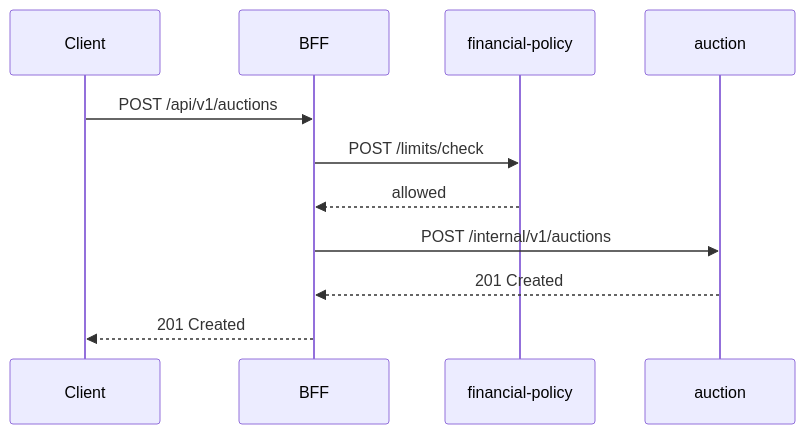
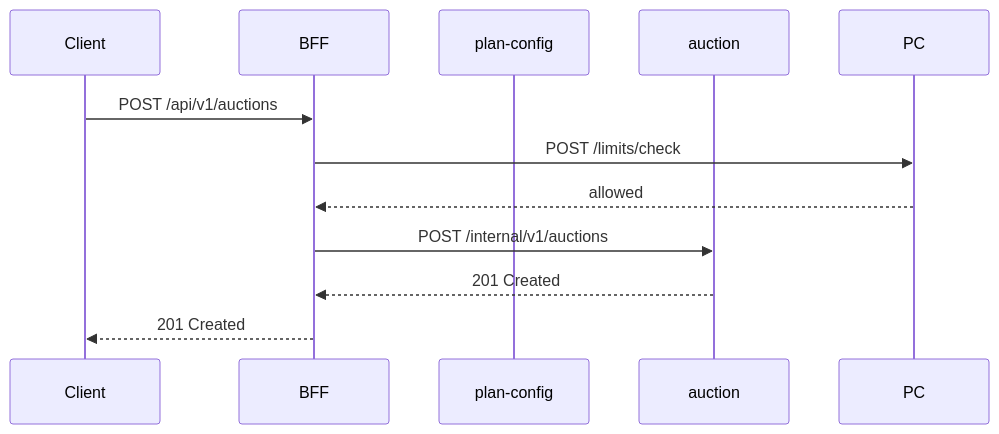
Before and after one commit to andrewb76/tavrida: the third of 4 diagrams in docs/03-architecture/README.md, drawn with Mermaid. The commit also changed other lines of this file and 86 other files, not shown here.

First line of the commit message:
docs(config): align on plan-config/scalar-config and semantic plan keys.

````diff
--- a/docs/03-architecture/README.md
+++ b/docs/03-architecture/README.md
@@ -103,14 +103,14 @@
 ```mermaid
 sequenceDiagram
     participant C as Client
     participant B as BFF
-    participant FP as financial-policy
+    participant plan-config as plan-config
     participant A as auction
 
     C->>B: POST /api/v1/auctions
-    B->>FP: POST /limits/check
-    FP-->>B: allowed
+    B->>PC: POST /limits/check
+    PC-->>B: allowed
     B->>A: POST /internal/v1/auctions
     A-->>B: 201 Created
     B-->>C: 201 Created
 ```
````
